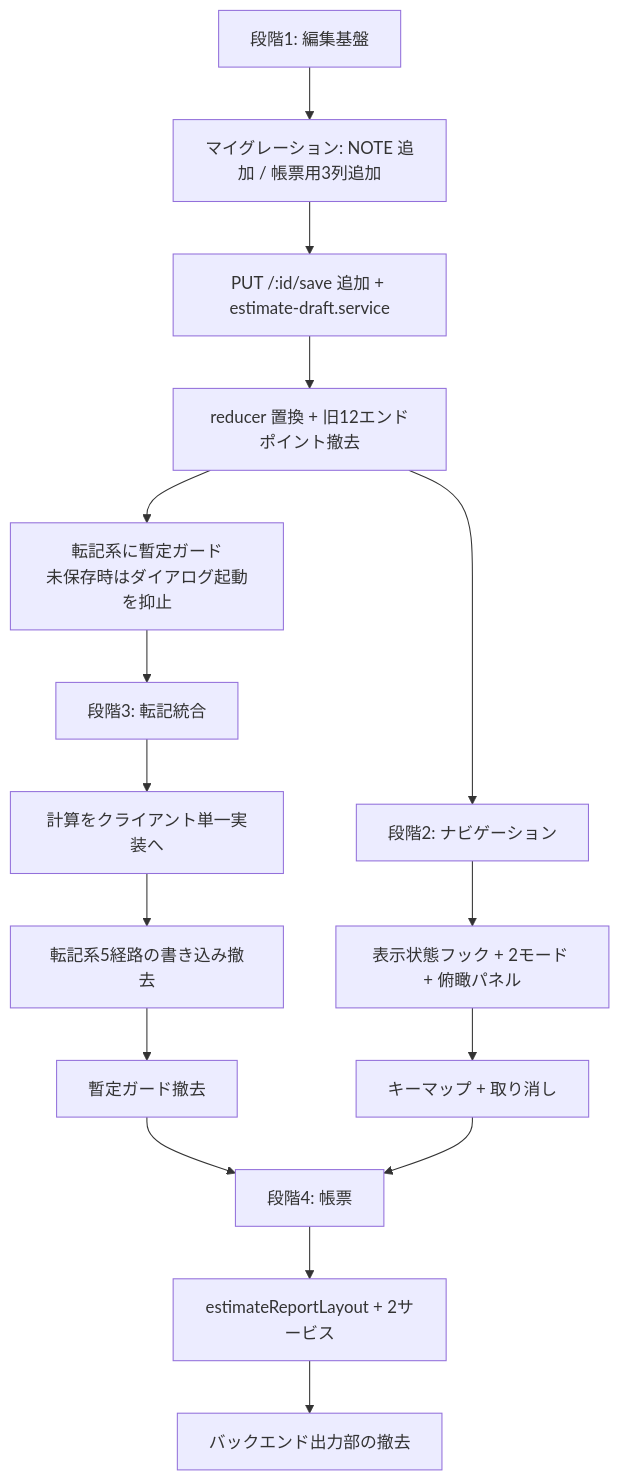
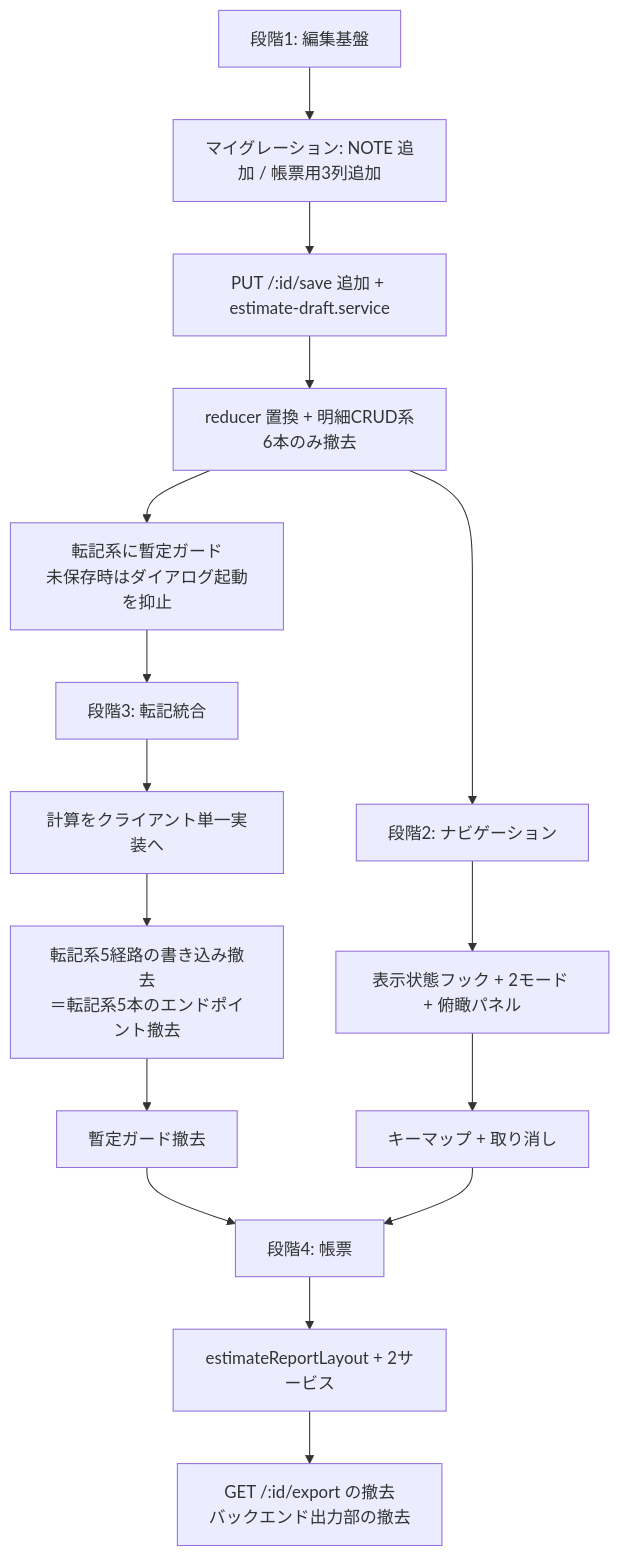
Diagram 14 of 14 in .kiro/specs/estimate-creation/design.md (inakanou/ArchiTrack), drawn with Mermaid before and after one commit. The commit also changed other lines of this file and 1 other file, not shown here.

````diff
--- a/.kiro/specs/estimate-creation/design.md
+++ b/.kiro/specs/estimate-creation/design.md
@@ -4418,18 +4448,18 @@
 ```mermaid
 flowchart TD
     S1[段階1: 編集基盤] --> S1a[マイグレーション: NOTE 追加 / 帳票用3列追加]
     S1a --> S1b[PUT /:id/save 追加 + estimate-draft.service]
-    S1b --> S1c[reducer 置換 + 旧12エンドポイント撤去]
+    S1b --> S1c[reducer 置換 + 明細CRUD系6本のみ撤去]
     S1c --> S1d[転記系に暫定ガード<br/>未保存時はダイアログ起動を抑止]
     S1d --> S3[段階3: 転記統合]
     S3 --> S3a[計算をクライアント単一実装へ]
-    S3a --> S3b[転記系5経路の書き込み撤去]
+    S3a --> S3b[転記系5経路の書き込み撤去<br/>＝転記系5本のエンドポイント撤去]
     S3b --> S3c[暫定ガード撤去]
     S1c --> S2[段階2: ナビゲーション]
     S2 --> S2a[表示状態フック + 2モード + 俯瞰パネル]
     S2a --> S2b[キーマップ + 取り消し]
     S3c --> S4[段階4: 帳票]
     S2b --> S4
     S4 --> S4a[estimateReportLayout + 2サービス]
-    S4a --> S4b[バックエンド出力部の撤去]
+    S4a --> S4b[GET /:id/export の撤去<br/>バックエンド出力部の撤去]
 ```
````
